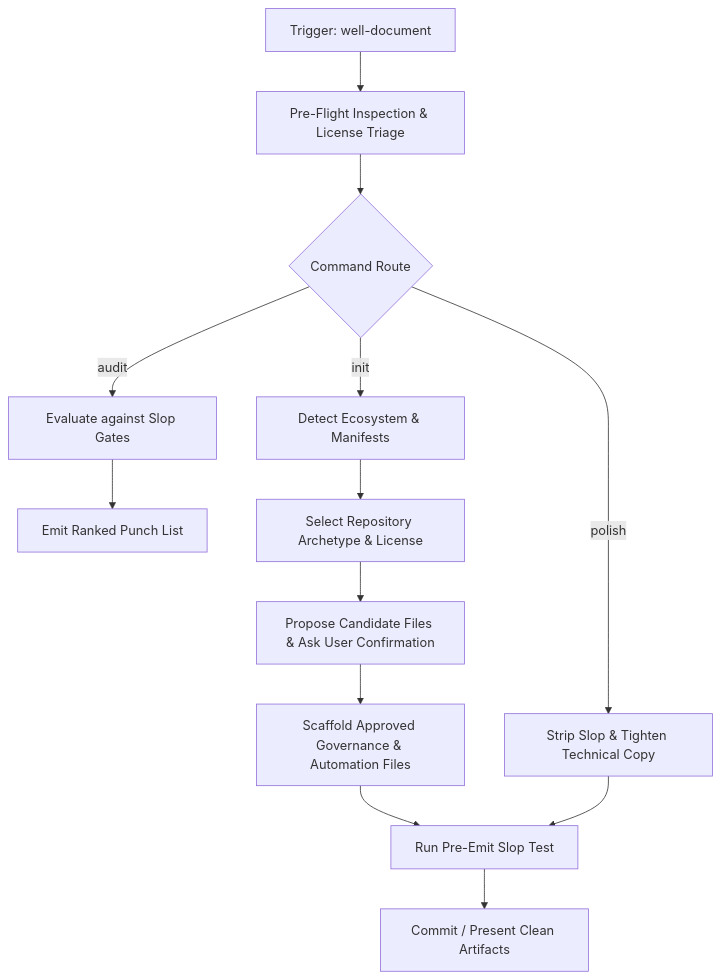
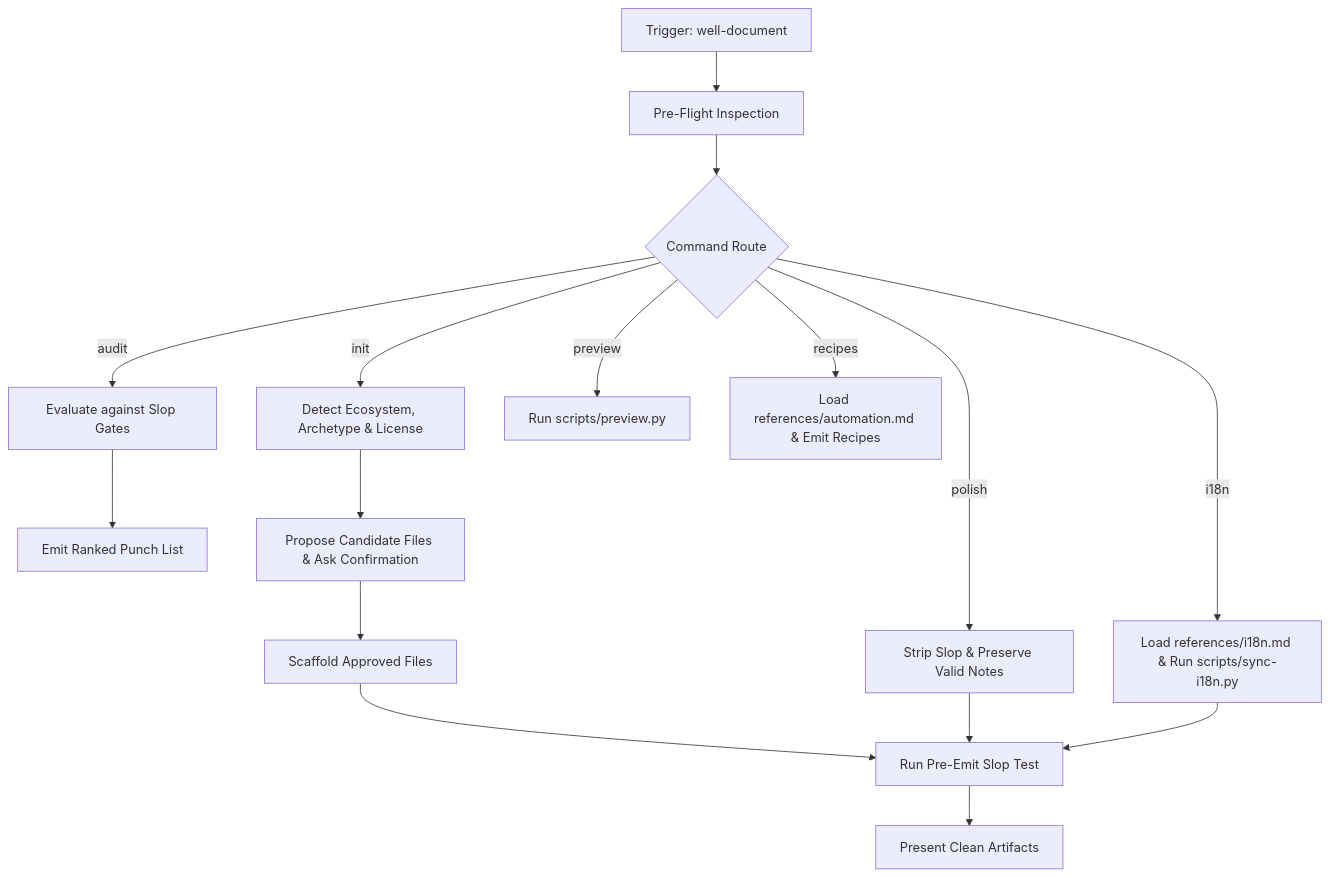
One commit to AtaCanYmc/well-document changed the diagram in skills/well-document/SKILL.md. Above: the diagram before and after it, drawn with Mermaid. The commit also changed other lines of this file and 2 other files, not shown here.

````diff
--- a/skills/well-document/SKILL.md
+++ b/skills/well-document/SKILL.md
@@ -58,14 +60,16 @@
 ```mermaid
 flowchart TD
-    A["Trigger: well-document"] --> B["Pre-Flight Inspection & License Triage"]
+    A["Trigger: well-document"] --> B["Pre-Flight Inspection"]
     B --> C{"Command Route"}
     C -->|"audit"| D["Evaluate against Slop Gates"]
     D --> E["Emit Ranked Punch List"]
-    C -->|"init"| F["Detect Ecosystem & Manifests"]
-    F --> G["Select Repository Archetype & License"]
-    G --> H["Propose Candidate Files & Ask User Confirmation"]
-    H --> I["Scaffold Approved Governance & Automation Files"]
-    C -->|"polish"| J["Strip Slop & Tighten Technical Copy"]
-    I & J --> K["Run Pre-Emit Slop Test"]
-    K --> L["Commit / Present Clean Artifacts"]
+    C -->|"init"| F["Detect Ecosystem, Archetype & License"]
+    F --> G["Propose Candidate Files & Ask Confirmation"]
+    G --> H["Scaffold Approved Files"]
+    C -->|"polish"| I["Strip Slop & Preserve Valid Notes"]
+    C -->|"preview"| J["Run scripts/preview.py"]
+    C -->|"i18n"| K["Load references/i18n.md & Run scripts/sync-i18n.py"]
+    C -->|"recipes"| L["Load references/automation.md & Emit Recipes"]
+    H & I & K --> M["Run Pre-Emit Slop Test"]
+    M --> N["Present Clean Artifacts"]
 ```
````
